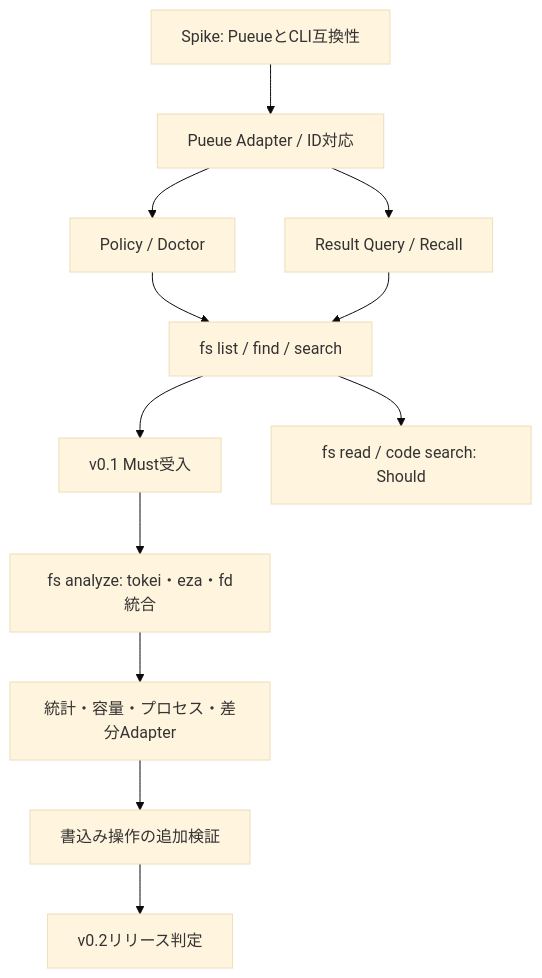
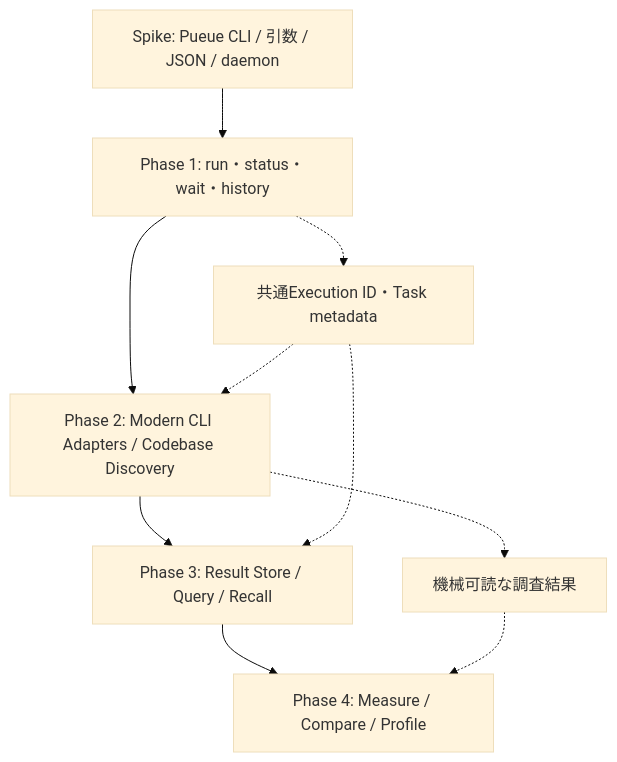
Before and after one commit to UtakataKyosui/axvern: the first of 2 diagrams in docs/ROADMAP.md, drawn with Mermaid (base theme). The commit also changed other lines of this file and 13 other files, not shown here.

````diff
--- a/docs/ROADMAP.md
+++ b/docs/ROADMAP.md
@@ -58,14 +16,12 @@
 ```mermaid
 flowchart TD
-    S[Spike: PueueとCLI互換性] --> P[Pueue Adapter / ID対応]
-    P --> Q[Result Query / Recall]
-    P --> G[Policy / Doctor]
-    G --> F[fs list / find / search]
-    Q --> F
-    F --> V1[v0.1 Must受入]
-    F --> R[fs read / code search: Should]
-    V1 --> A[fs analyze: tokei・eza・fd統合]
-    A --> V2[統計・容量・プロセス・差分Adapter]
-    V2 --> W[書込み操作の追加検証]
-    W --> REL[v0.2リリース判定]
+  S[Spike: Pueue CLI / 引数 / JSON / daemon] --> P1[Phase 1: run・status・wait・history]
+  P1 --> P2[Phase 2: Modern CLI Adapters / Codebase Discovery]
+  P2 --> P3[Phase 3: Result Store / Query / Recall]
+  P3 --> P4[Phase 4: Measure / Compare / Profile]
+  P1 -.-> I[共通Execution ID・Task metadata]
+  I -.-> P2
+  I -.-> P3
+  P2 -.-> R[機械可読な調査結果]
+  R -.-> P4
 ```
````
